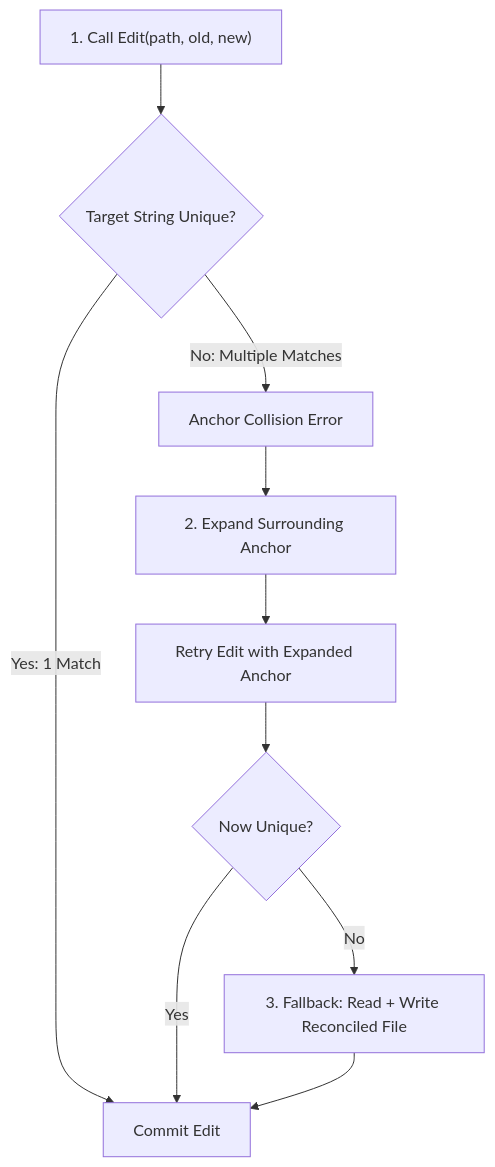
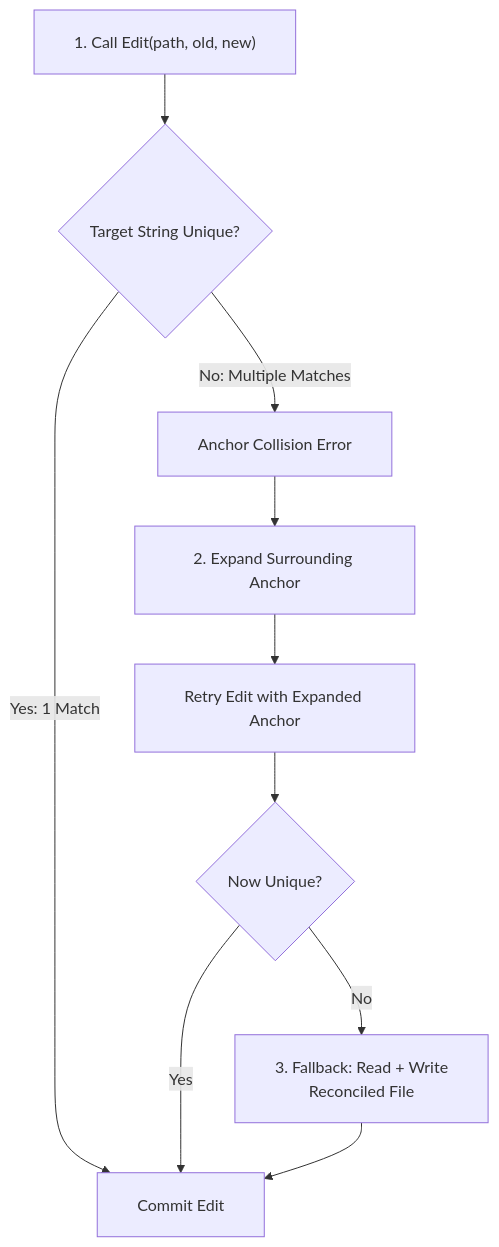
One commit to dip4k/claude_cert_architect_foundation_prep changed the third of 4 diagrams in scenarios/scenario_4_developer_productivity/SCENARIO_GUIDE.md. Above: the diagram before and after it, drawn with Mermaid. The commit also changed other lines of this file and 31 other files, not shown here.

First line of the commit message:
docs(diagrams): fix text trimming, padding, and layout in all mermaid diagrams

````diff
--- a/scenarios/scenario_4_developer_productivity/SCENARIO_GUIDE.md
+++ b/scenarios/scenario_4_developer_productivity/SCENARIO_GUIDE.md
@@ -92,12 +94,13 @@
 ```mermaid
+%%{init: {"flowchart": {"htmlLabels": true, "padding": 20}}}%%
 flowchart TD
     CallEdit["1. Call Edit(path, old, new)"] --> CheckUniqueness{"Target String Unique?"}
     CheckUniqueness -->|Yes: 1 Match| Success["Commit Edit"]
     CheckUniqueness -->|No: Multiple Matches| ErrorResponse["Anchor Collision Error"]
     ErrorResponse --> Expansion["2. Expand Surrounding Anchor"]
     Expansion --> RetryEdit["Retry Edit with Expanded Anchor"]
     RetryEdit --> RetryCheck{"Now Unique?"}
     RetryCheck -->|Yes| Success
-    RetryCheck -->|No| FallbackWrite["3. Fallback: Read + Write Reconciled File"]
+    RetryCheck -->|No| FallbackWrite["3. Fallback: Read + Write<br/>Reconciled File"]
     FallbackWrite --> Success
 ```
````
